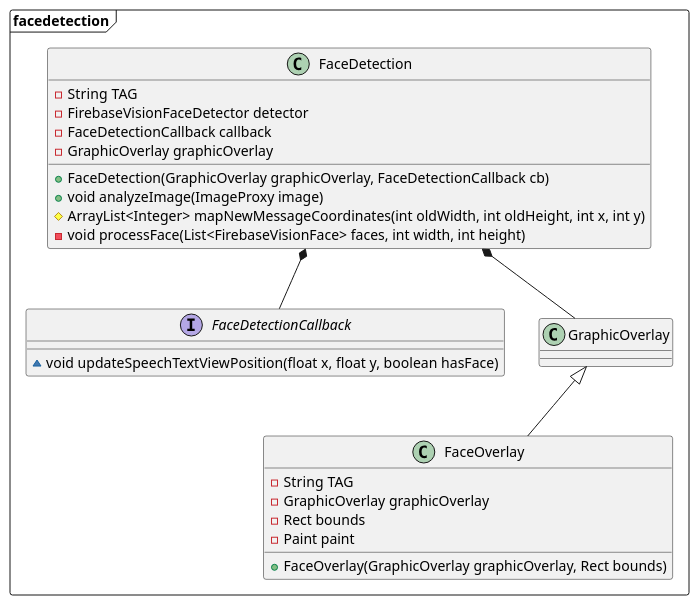
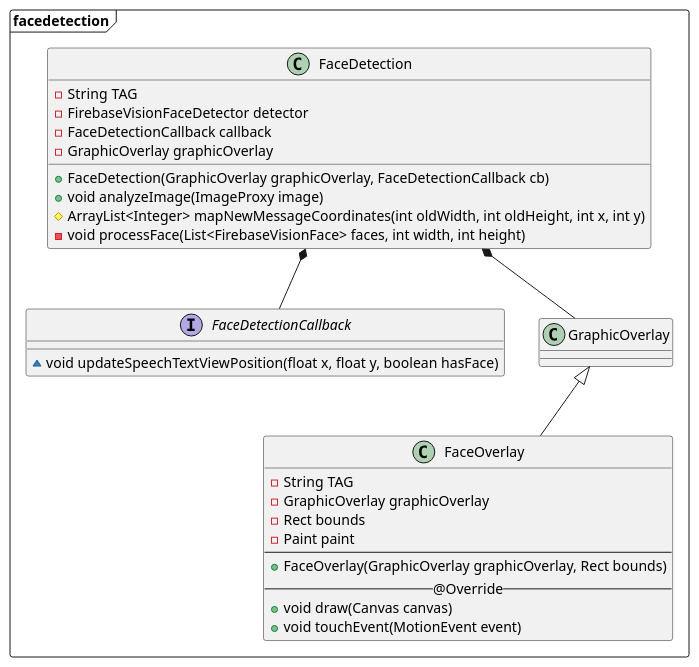
The diagram in app/diagrams/FaceDetection_Classes.puml (DPigeon/SeeText), drawn with PlantUML before and after one commit. The commit also changed 2 other files, not shown here.

Commit message:
Adding override methods to diagrams

```diff
--- a/app/diagrams/FaceDetection_Classes.puml
+++ b/app/diagrams/FaceDetection_Classes.puml
@@ -1,34 +1,37 @@
 @startuml
 
 package facedetection <<Frame>> {
 
     interface FaceDetectionCallback {
         ~void updateSpeechTextViewPosition(float x, float y, boolean hasFace)
     }
 
     FaceDetection *-- FaceDetectionCallback
     FaceDetection *-- GraphicOverlay
 
     class FaceDetection {
         -String TAG
         -FirebaseVisionFaceDetector detector
         -FaceDetectionCallback callback
         -GraphicOverlay graphicOverlay
 
         +FaceDetection(GraphicOverlay graphicOverlay, FaceDetectionCallback cb)
         +void analyzeImage(ImageProxy image)
         #ArrayList<Integer> mapNewMessageCoordinates(int oldWidth, int oldHeight, int x, int y)
         -void processFace(List<FirebaseVisionFace> faces, int width, int height)
     }
 
     class FaceOverlay extends GraphicOverlay {
         -String TAG
         -GraphicOverlay graphicOverlay
         -Rect bounds
         -Paint paint
-
+        --
         +FaceOverlay(GraphicOverlay graphicOverlay, Rect bounds)
+        -- @Override --
+        +void draw(Canvas canvas)
+        +void touchEvent(MotionEvent event)
     }
 }
 
 @enduml
```
